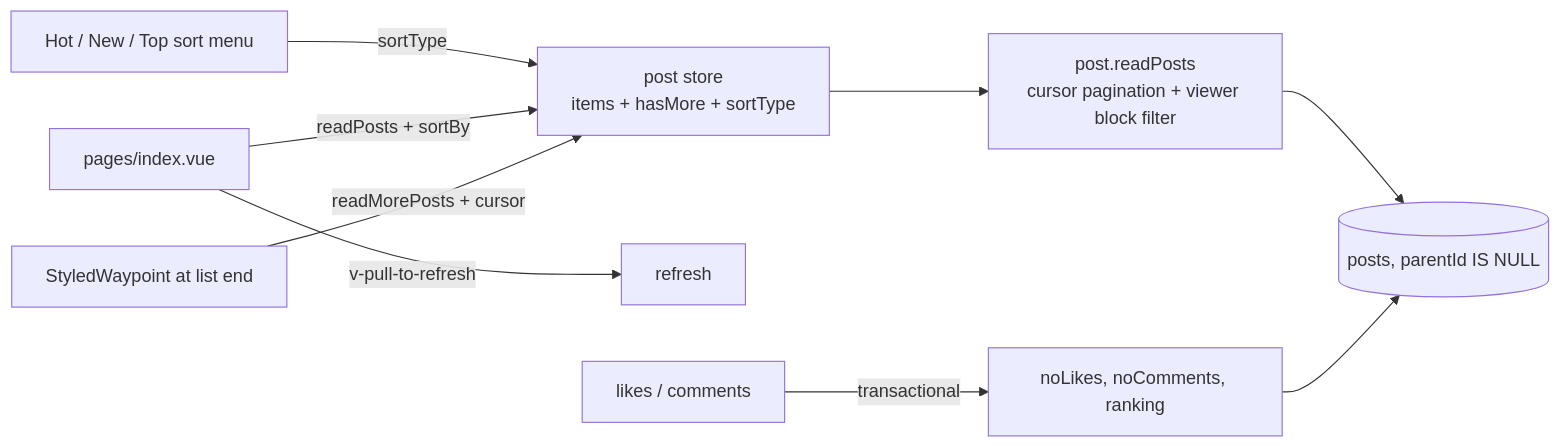
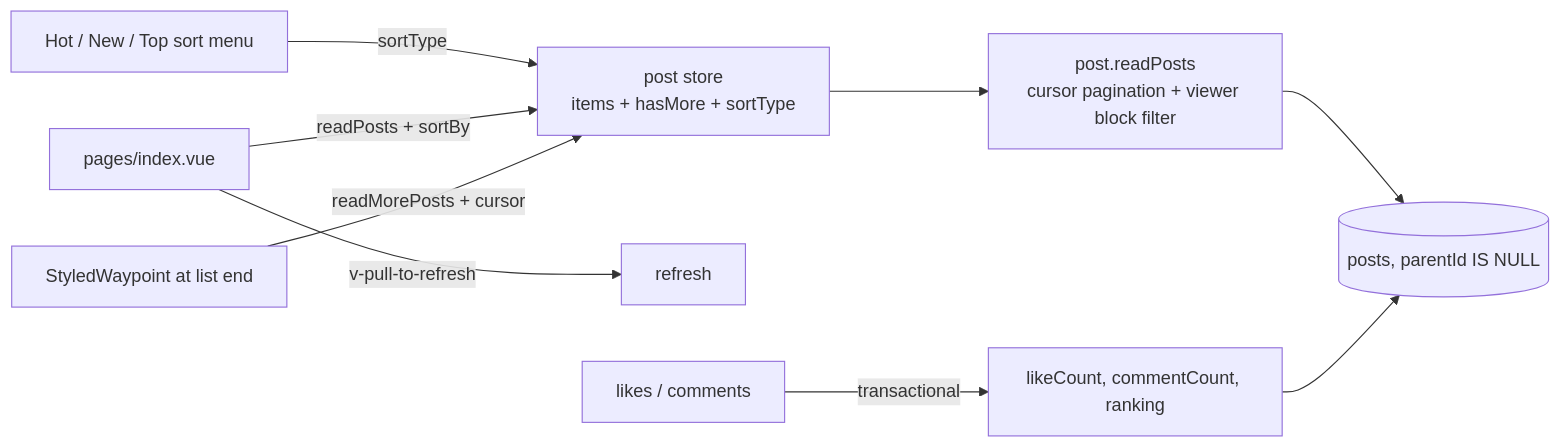
Before and after one commit to Esposter/Esposter: the diagram in packages/app/content/docs/posts/feed-and-ranking.md, drawn with Mermaid. The commit also changed other lines of this file and 45 other files, not shown here.

````diff
--- a/packages/app/content/docs/posts/feed-and-ranking.md
+++ b/packages/app/content/docs/posts/feed-and-ranking.md
@@ -12,11 +12,11 @@
 ```mermaid
 flowchart LR
   sortMenu[Hot / New / Top sort menu] -->|sortType| store[post store<br/>items + hasMore + sortType]
   page[pages/index.vue] -->|readPosts + sortBy| store
   page -->|v-pull-to-refresh| refresh[refresh]
   waypoint[StyledWaypoint at list end] -->|readMorePosts + cursor| store
   store --> proc[post.readPosts<br/>cursor pagination + viewer block filter]
   proc --> pg[(posts, parentId IS NULL)]
-  mutation[likes / comments] -->|transactional| counters[noLikes, noComments, ranking]
+  mutation[likes / comments] -->|transactional| counters[likeCount, commentCount, ranking]
   counters --> pg
 ```
````
